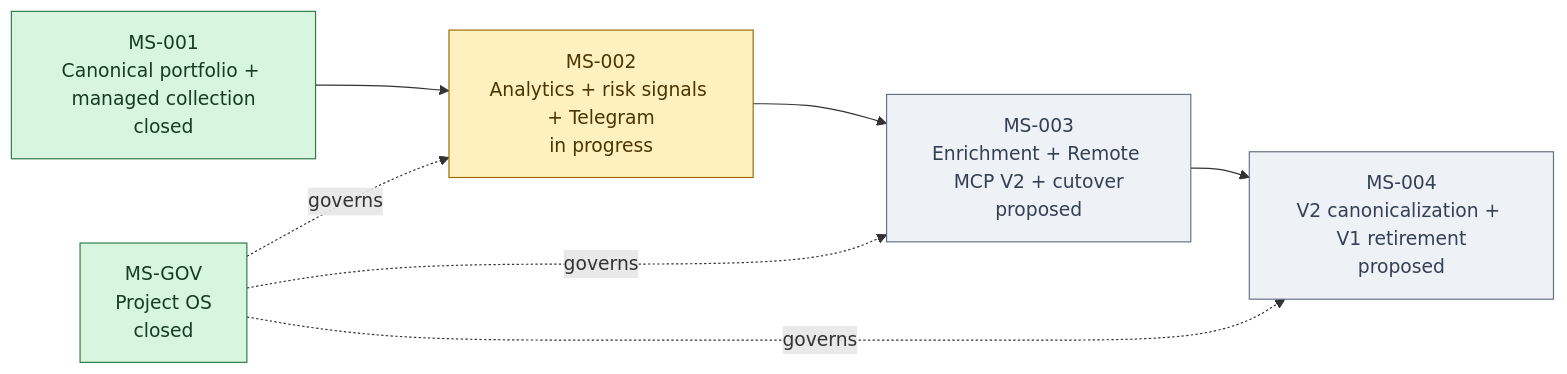
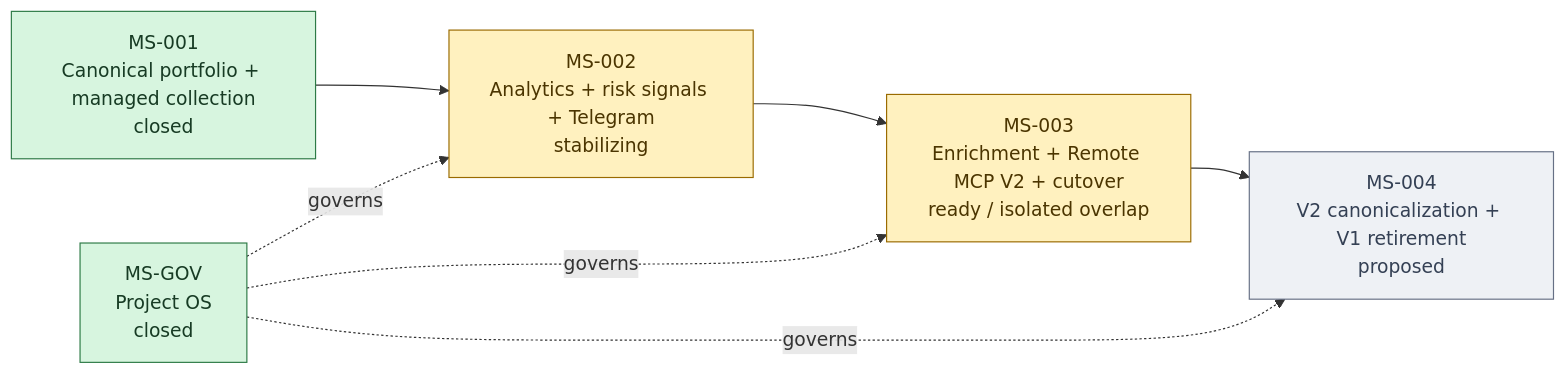
Before and after one commit to meringue5/KIS_Portfolio_MCP: the first of 3 diagrams in docs/milestones/README.md, drawn with Mermaid. The commit also changed other lines of this file and 16 other files, not shown here.

````diff
--- a/docs/milestones/README.md
+++ b/docs/milestones/README.md
@@ -22,20 +22,21 @@
 ```mermaid
 flowchart LR
     MSGOV["MS-GOV<br/>Project OS<br/>closed"]
     MS1["MS-001<br/>Canonical portfolio + managed collection<br/>closed"]
-    MS2["MS-002<br/>Analytics + risk signals + Telegram<br/>in progress"]
-    MS3["MS-003<br/>Enrichment + Remote MCP V2 + cutover<br/>proposed"]
+    MS2["MS-002<br/>Analytics + risk signals + Telegram<br/>stabilizing"]
+    MS3["MS-003<br/>Enrichment + Remote MCP V2 + cutover<br/>ready / isolated overlap"]
     MS4["MS-004<br/>V2 canonicalization + V1 retirement<br/>proposed"]
 
     MS1 --> MS2 --> MS3 --> MS4
     MSGOV -. governs .-> MS2
     MSGOV -. governs .-> MS3
     MSGOV -. governs .-> MS4
 
     classDef closed fill:#d7f5df,stroke:#2d7a46,color:#173b24;
     classDef active fill:#fff1bf,stroke:#9a6b00,color:#4b3500;
     classDef proposed fill:#eef1f5,stroke:#667085,color:#344054;
     class MS1,MSGOV closed;
     class MS2 active;
-    class MS3,MS4 proposed;
+    class MS3 active;
+    class MS4 proposed;
 ```
````
